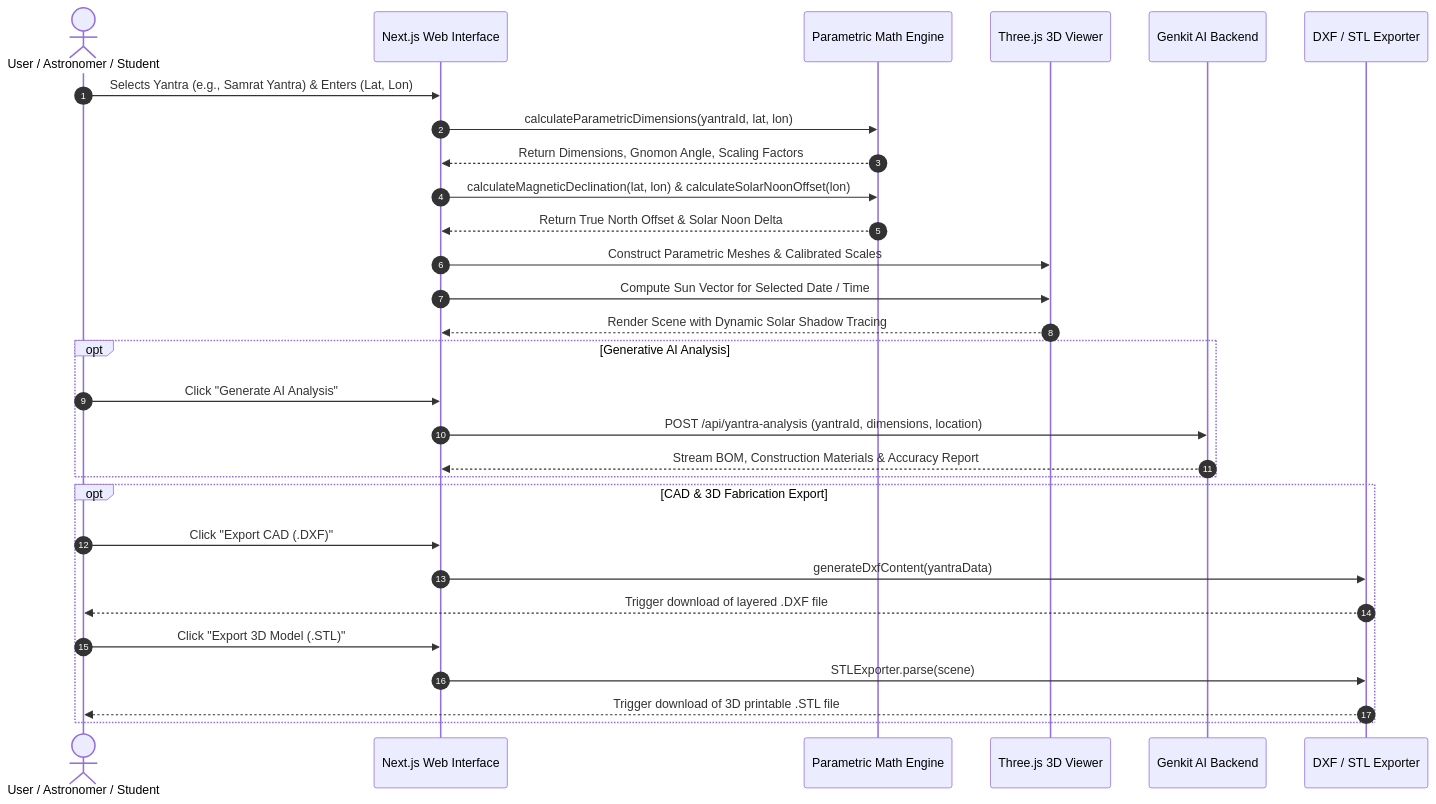
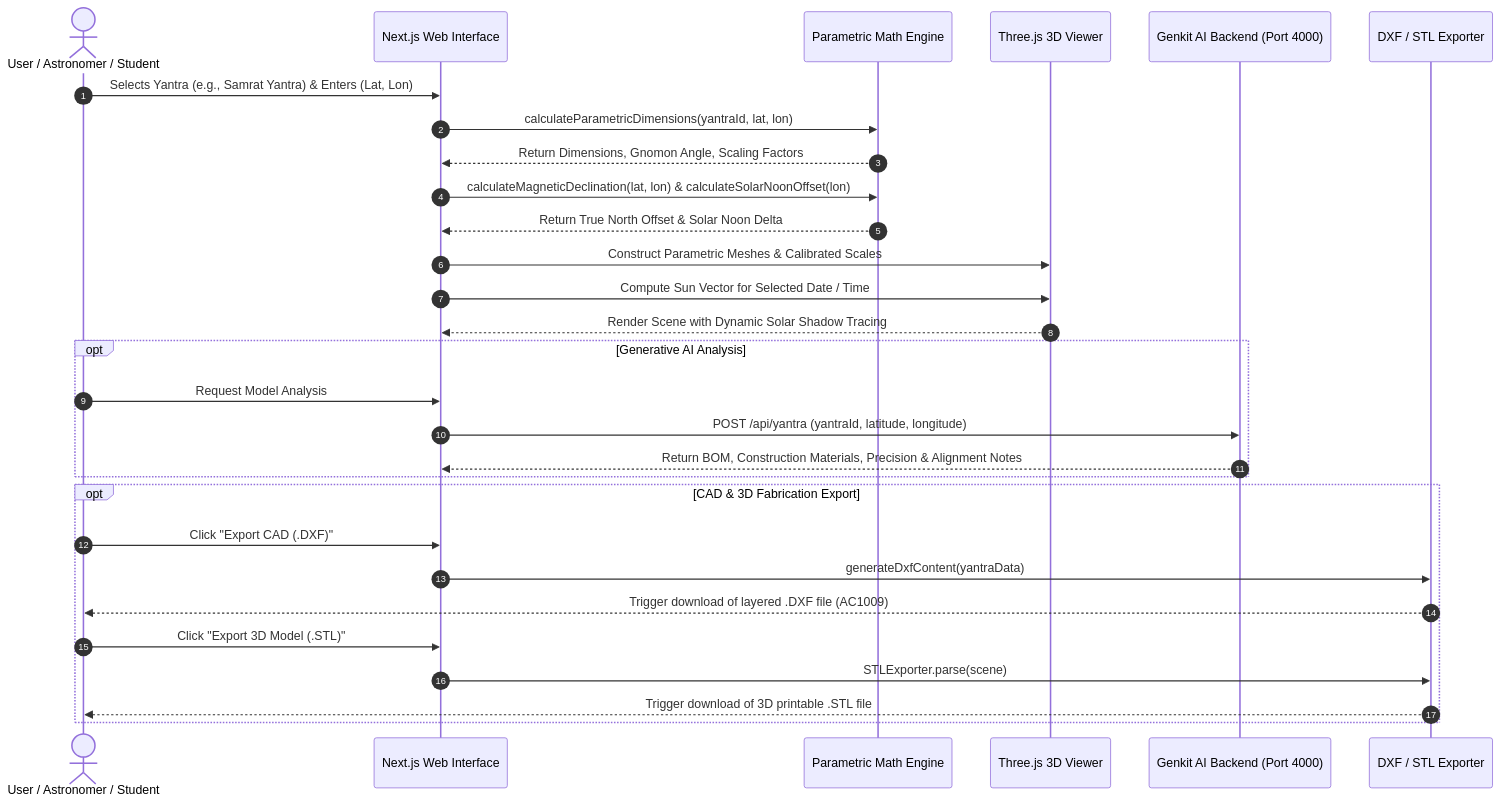
One commit to monkeysoul-cmd/YantraVis changed the second of 5 diagrams in README.md. Above: the diagram before and after it, drawn with Mermaid. The commit also changed other lines of this file and 12 other files, not shown here.

````diff
--- a/README.md
+++ b/README.md
@@ -95,34 +105,34 @@
 ```mermaid
 sequenceDiagram
     autonumber
     actor User as User / Astronomer / Student
     participant UI as Next.js Web Interface
     participant Calc as Parametric Math Engine
     participant Three as Three.js 3D Viewer
-    participant AI as Genkit AI Backend
+    participant AI as Genkit AI Backend (Port 4000)
     participant CAD as DXF / STL Exporter
 
     User->>UI: Selects Yantra (e.g., Samrat Yantra) & Enters (Lat, Lon)
     UI->>Calc: calculateParametricDimensions(yantraId, lat, lon)
     Calc-->>UI: Return Dimensions, Gnomon Angle, Scaling Factors
     UI->>Calc: calculateMagneticDeclination(lat, lon) & calculateSolarNoonOffset(lon)
     Calc-->>UI: Return True North Offset & Solar Noon Delta
     UI->>Three: Construct Parametric Meshes & Calibrated Scales
     UI->>Three: Compute Sun Vector for Selected Date / Time
     Three-->>UI: Render Scene with Dynamic Solar Shadow Tracing
     
     opt Generative AI Analysis
-        User->>UI: Click "Generate AI Analysis"
-        UI->>AI: POST /api/yantra-analysis (yantraId, dimensions, location)
-        AI-->>UI: Stream BOM, Construction Materials & Accuracy Report
+        User->>UI: Request Model Analysis
+        UI->>AI: POST /api/yantra (yantraId, latitude, longitude)
+        AI-->>UI: Return BOM, Construction Materials, Precision & Alignment Notes
     end
 
     opt CAD & 3D Fabrication Export
         User->>UI: Click "Export CAD (.DXF)"
         UI->>CAD: generateDxfContent(yantraData)
-        CAD-->>User: Trigger download of layered .DXF file
+        CAD-->>User: Trigger download of layered .DXF file (AC1009)
         User->>UI: Click "Export 3D Model (.STL)"
         UI->>CAD: STLExporter.parse(scene)
         CAD-->>User: Trigger download of 3D printable .STL file
     end
 ```
````
